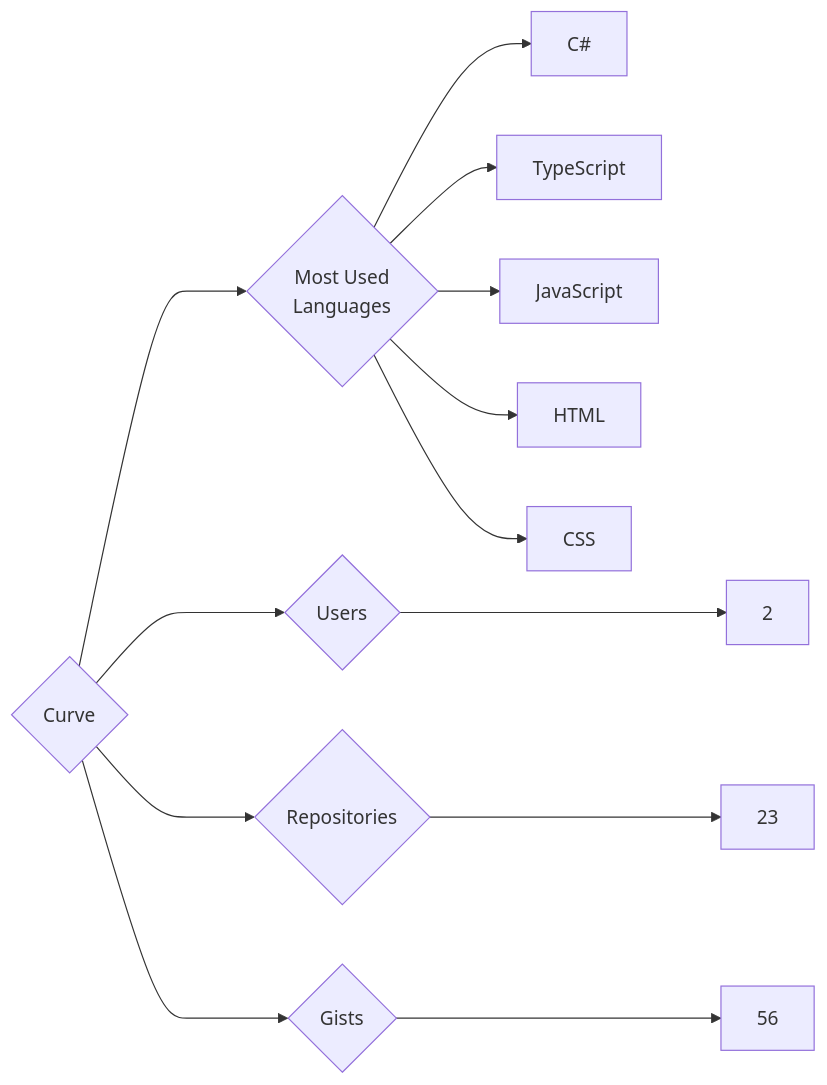
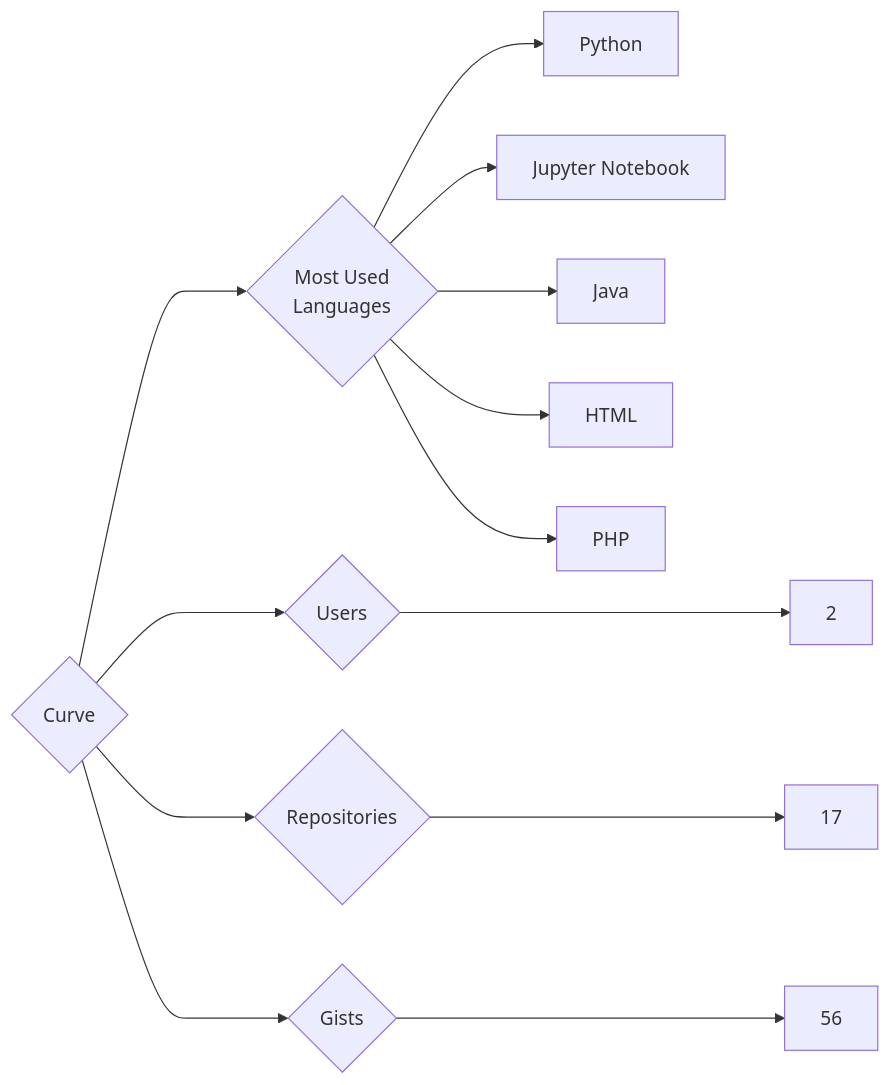
One commit to trickest/insiders changed the diagram in targets/Curve/README.md. Above: the diagram before and after it, drawn with Mermaid. The commit also changed 933 other files, not shown here.

````diff
--- a/targets/Curve/README.md
+++ b/targets/Curve/README.md
@@ -3,13 +3,13 @@
 ```mermaid
 graph LR
 COMPANY_NAME{Curve}
 COMPANY_NAME ---> U{Users} ---> UN[2]
-COMPANY_NAME ---> R{Repositories} ---> RN[23]
+COMPANY_NAME ---> R{Repositories} ---> RN[17]
 COMPANY_NAME ---> G{Gists} ---> GN[56]
 COMPANY_NAME ---> ML{Most Used<br>Languages}
-ML --> C#[C#]
-ML --> TypeScript[TypeScript]
-ML --> JavaScript[JavaScript]
+ML --> Python[Python]
+ML --> Jupyter_Notebook[Jupyter Notebook]
+ML --> Java[Java]
 ML --> HTML[HTML]
-ML --> CSS[CSS]
+ML --> PHP[PHP]
 ```
````
